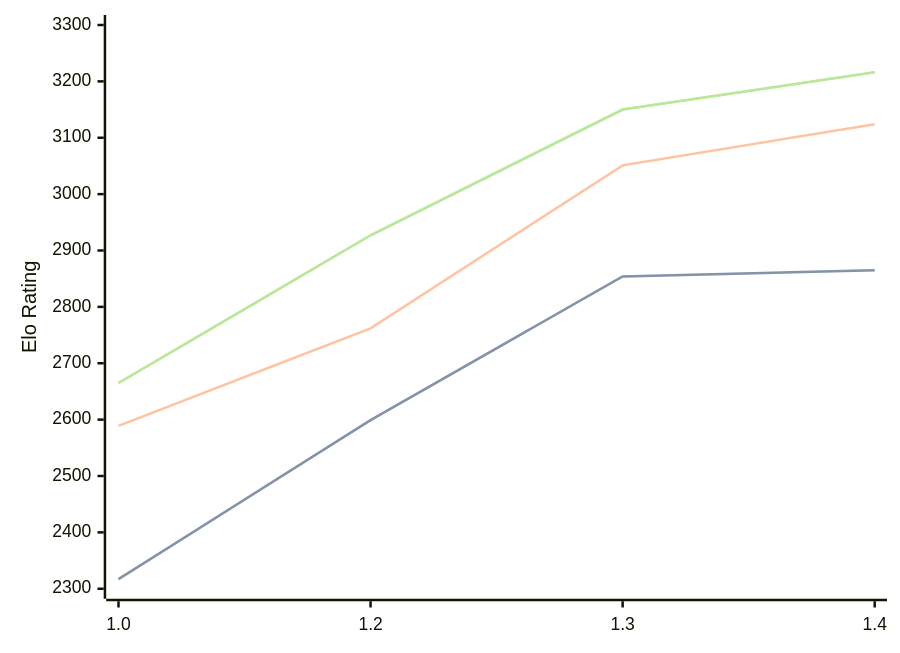
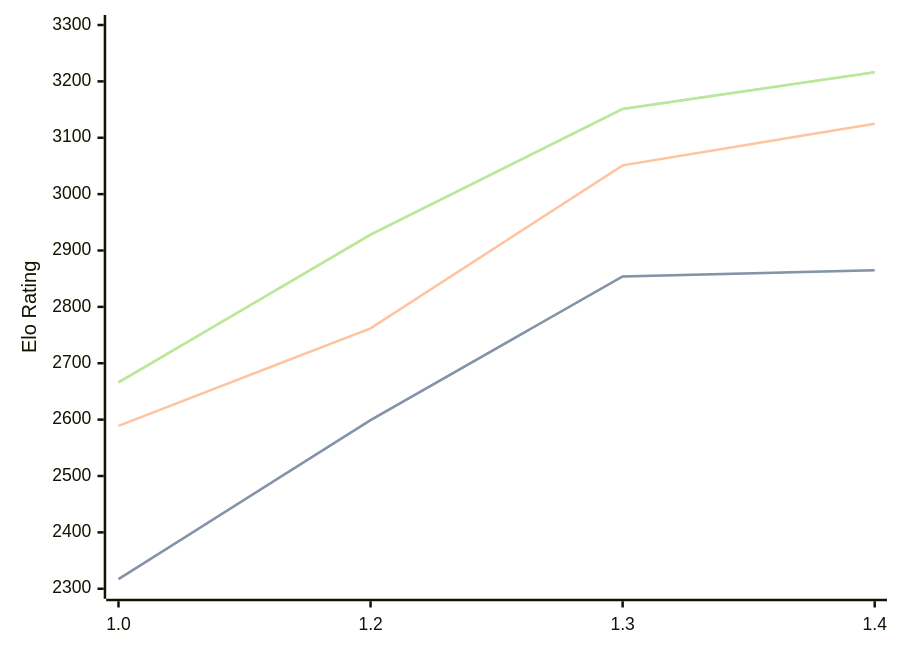
One commit to computer-chess-index/cci changed the first of 3 diagrams in engines/Chessnix.md. Above: the diagram before and after it, drawn with Mermaid. The commit also changed other lines of this file, not shown here.

Commit message:
Update CCI Ratings (ELO VLTC) - 2026-06-16

````diff
--- a/engines/Chessnix.md
+++ b/engines/Chessnix.md
@@ -36,11 +36,11 @@
 ```mermaid
 %%{init: {"theme":"base","themeVariables":{"seriesColors:['#a3a3a3','#222221','#faa371']}}}%%
 xychart-beta
   x-axis ["1.0", "1.2", "1.3", "1.4"]
   y-axis "Elo Rating" 2300 --> 3300
   line "STC (8.0+0.08s)" [2317, 2599, 2854, 2865]
   line "STC (8.0+0.08s)" [2317, 2599, 2854, 2865]
-  line "LTC (60.0+0.60s)" [2589, 2762, 3051, 3124]
-  line "VLTC (2m24s+1.12s)" [2665, 2927, 3150, 3216]
-  line "VLTC (2m24s+1.12s)" [2665, 2927, 3150, 3216]
+  line "LTC (60.0+0.60s)" [2589, 2762, 3051, 3125]
+  line "VLTC (2m24s+1.12s)" [2666, 2928, 3151, 3216]
+  line "VLTC (2m24s+1.12s)" [2666, 2928, 3151, 3216]
 ```
````
